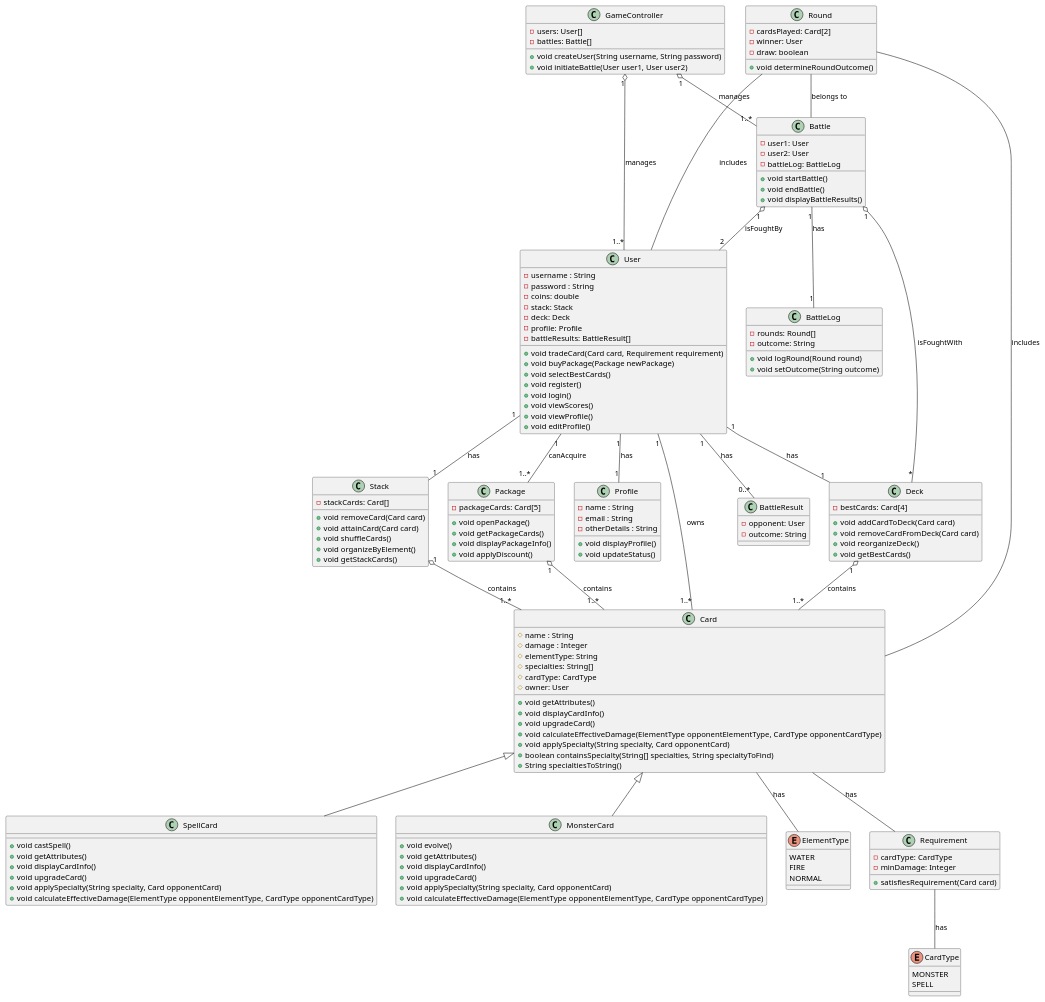
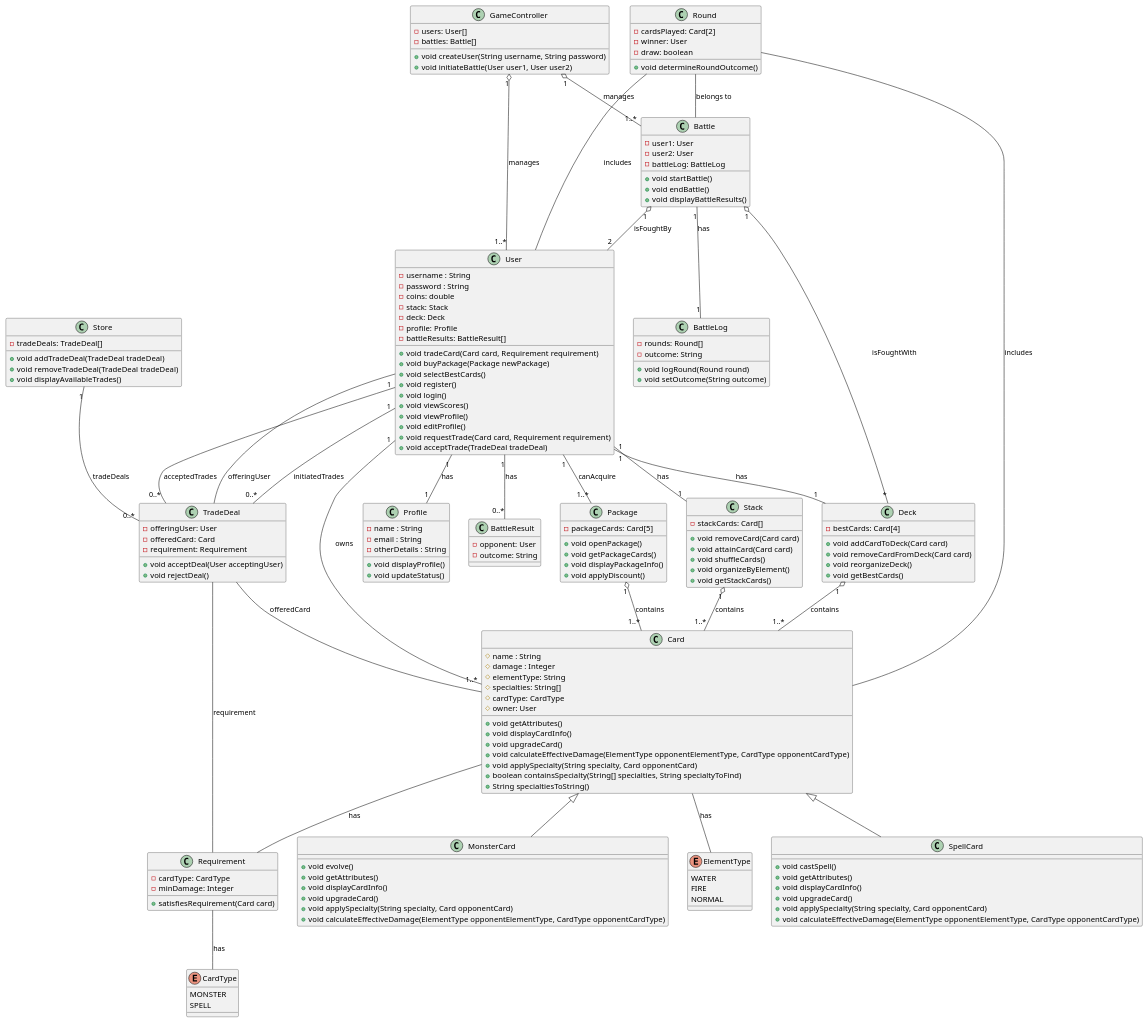
Before and after one commit to gregory567/Monster-Trading-Cards-Game-MTCG: the diagram in src/main/java/org/example/Klassen.puml, drawn with PlantUML.

Commit message:
updated plantuml diagram to include trade logic

```diff
--- a/src/main/java/org/example/Klassen.puml
+++ b/src/main/java/org/example/Klassen.puml
@@ -1,170 +1,196 @@
 @startuml
 'https://plantuml.com/sequence-diagram
 
 class User {
     - username : String
     - password : String
     - coins: double
     - stack: Stack
     - deck: Deck
     - profile: Profile
     - battleResults: BattleResult[]
     + void tradeCard(Card card, Requirement requirement)
     + void buyPackage(Package newPackage)
     + void selectBestCards()
     + void register()
     + void login()
     + void viewScores()
     + void viewProfile()
     + void editProfile()
+    + void requestTrade(Card card, Requirement requirement)
+    + void acceptTrade(TradeDeal tradeDeal)
+}
+
+class Store {
+    - tradeDeals: TradeDeal[]
+    + void addTradeDeal(TradeDeal tradeDeal)
+    + void removeTradeDeal(TradeDeal tradeDeal)
+    + void displayAvailableTrades()
+}
+
+class TradeDeal {
+    - offeringUser: User
+    - offeredCard: Card
+    - requirement: Requirement
+    + void acceptDeal(User acceptingUser)
+    + void rejectDeal()
 }
 
 class Profile {
     - name : String
     - email : String
     - otherDetails : String
     + void displayProfile()
     + void updateStatus()
 }
 
 class Card {
     # name : String
     # damage : Integer
     # elementType: String
     # specialties: String[]
     # cardType: CardType
     # owner: User
     + void getAttributes()
     + void displayCardInfo()
     + void upgradeCard()
     + void calculateEffectiveDamage(ElementType opponentElementType, CardType opponentCardType)
     + void applySpecialty(String specialty, Card opponentCard)
     + boolean containsSpecialty(String[] specialties, String specialtyToFind)
     + String specialtiesToString()
 }
 
 class SpellCard {
     + void castSpell()
     + void getAttributes()
     + void displayCardInfo()
     + void upgradeCard()
     + void applySpecialty(String specialty, Card opponentCard)
     + void calculateEffectiveDamage(ElementType opponentElementType, CardType opponentCardType)
 }
 
 class MonsterCard {
     + void evolve()
     + void getAttributes()
     + void displayCardInfo()
     + void upgradeCard()
     + void applySpecialty(String specialty, Card opponentCard)
     + void calculateEffectiveDamage(ElementType opponentElementType, CardType opponentCardType)
 }
 
 class Stack{
     - stackCards: Card[]
     + void removeCard(Card card)
     + void attainCard(Card card)
     + void shuffleCards()
     + void organizeByElement()
     + void getStackCards()
 }
 
 class Package {
     - packageCards: Card[5]
     + void openPackage()
     + void getPackageCards()
     + void displayPackageInfo()
     + void applyDiscount()
 }
 
 class Deck {
     - bestCards: Card[4]
     + void addCardToDeck(Card card)
     + void removeCardFromDeck(Card card)
     + void reorganizeDeck()
     + void getBestCards()
 }
 
 enum ElementType {
     WATER
     FIRE
     NORMAL
 }
 
 class Requirement {
     - cardType: CardType
     - minDamage: Integer
     + satisfiesRequirement(Card card)
 }
 
 enum CardType {
     MONSTER
     SPELL
 }
 
 class Battle {
     - user1: User
     - user2: User
     - battleLog: BattleLog
     + void startBattle()
     + void endBattle()
     + void displayBattleResults()
 }
 
 class GameController {
     - users: User[]
     - battles: Battle[]
     + void createUser(String username, String password)
     + void initiateBattle(User user1, User user2)
 }
 
 class BattleLog {
     - rounds: Round[]
     - outcome: String
     + void logRound(Round round)
     + void setOutcome(String outcome)
 }
 
 class Round {
     - cardsPlayed: Card[2]
     - winner: User
     - draw: boolean
     + void determineRoundOutcome()
 }
 
 class BattleResult {
     - opponent: User
     - outcome: String
 }
 
 Card <|-- MonsterCard
 Card <|-- SpellCard
 
 User "1" -- "1..*" Card : owns
 User "1" -- "1" Deck : has
 User "1" -- "1..*" Package : canAcquire
 User "1" -- "1" Stack : has
 User "1" -- "1" Profile : has
 User "1" -- "0..*" BattleResult : has
 
 Stack "1" o-- "1..*" Card : contains
 Package "1" o-- "1..*" Card : contains
 Deck "1" o-- "1..*" Card : contains
 
 Battle "1" o-- "*" Deck : isFoughtWith
 Battle "1" o-- "2" User : isFoughtBy
 Battle "1" -- "1" BattleLog : has
 
 GameController "1" o-- "1..*" User : manages
 GameController "1" o-- "1..*" Battle : manages
 
 Card -- ElementType : has
 Card -- Requirement : has
 Requirement -- CardType : has
 
 Round -- Card : includes
 Round -- User : includes
 Round -- Battle : belongs to
 
+TradeDeal -- User : offeringUser
+TradeDeal -- Card : offeredCard
+TradeDeal -- Requirement : requirement
+
+Store "1" -- "0..*" TradeDeal : tradeDeals
+
+User "1" -- "0..*" TradeDeal : initiatedTrades
+User "1" -- "0..*" TradeDeal : acceptedTrades
+
 @enduml
```
